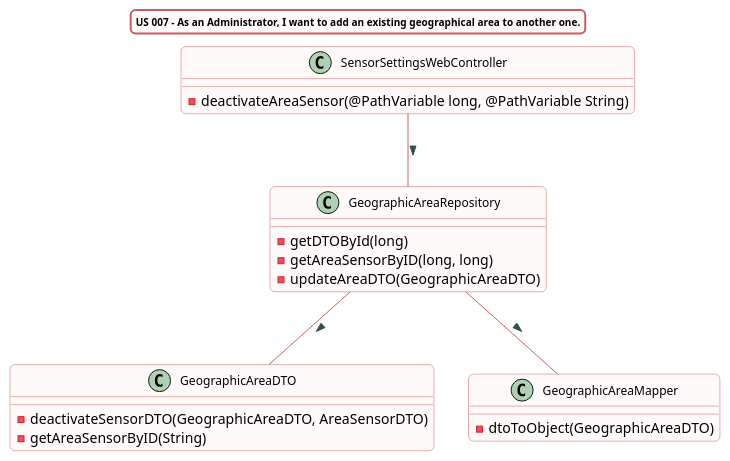
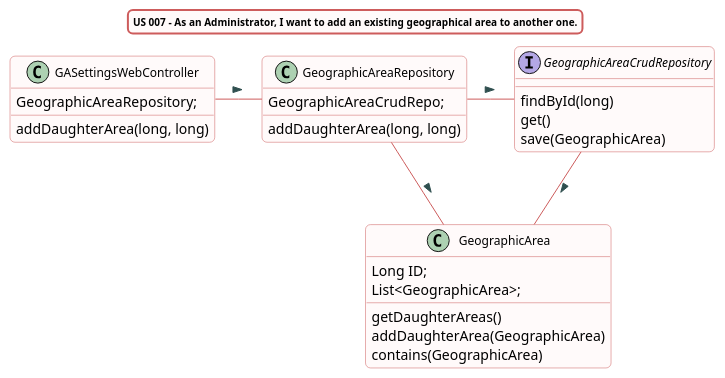
Before and after one commit to Almadanmp/project: the diagram in src/doc/WEB_Controllers/GASettings/US007/US007_cd_GASettingsWebController.puml, drawn with PlantUML.

Commit message:
REF#349 class diagram updated

```diff
--- a/src/doc/WEB_Controllers/GASettings/US007/US007_cd_GASettingsWebController.puml
+++ b/src/doc/WEB_Controllers/GASettings/US007/US007_cd_GASettingsWebController.puml
@@ -1,55 +1,61 @@
 @startuml
 
 title US 007 - As an Administrator, I want to add an existing geographical area to another one.
 skinparam titleBorderRoundCorner 10
 skinparam titleBorderThickness 2
 skinparam titleBorderColor indianred
 skinparam titleBackgroundColor Snow
 skinparam FontName quicksand
 skinparam titleFontSize 10
 skinparam roundcorner 10
 
 
 skinparam class {
   BorderColor indianred
   BackgroundColor indianred
   BackgroundColor Snow
    roundcorner 10
    ArrowFontName Verdana
    ArrowColor indianred
    ArrowFontColor darkslategrey
    FontSize 12
 }
 
-class SensorSettingsWebController
 class GeographicAreaRepository
-class GeographicAreaDTO
-class GeographicAreaMapper
+class GeographicArea
+class GeographicAreaCrudRepository
 
-SensorSettingsWebController -- GeographicAreaRepository : >
-GeographicAreaRepository -- GeographicAreaDTO : >
-GeographicAreaRepository -- GeographicAreaMapper : >
+
+GASettingsWebController -right- GeographicAreaRepository : >
+GeographicAreaRepository -right- GeographicArea : >
+GeographicAreaRepository -right- GeographicAreaCrudRepository : >
+GeographicAreaCrudRepository -- GeographicArea : >
 
 
 
-class SensorSettingsWebController {
--deactivateAreaSensor(@PathVariable long, @PathVariable String)
+class GASettingsWebController {
+GeographicAreaRepository;
+addDaughterArea(long, long)
 }
 
 class GeographicAreaRepository{
--getDTOById(long)
--getAreaSensorByID(long, long)
--updateAreaDTO(GeographicAreaDTO)
+GeographicAreaCrudRepo;
+addDaughterArea(long, long)
 }
 
-class GeographicAreaDTO{
--deactivateSensorDTO(GeographicAreaDTO, AreaSensorDTO)
--getAreaSensorByID(String)
+class GeographicArea{
+Long ID;
+List<GeographicArea>;
+getDaughterAreas()
+addDaughterArea(GeographicArea)
+contains(GeographicArea)
+
 }
 
-
-class GeographicAreaMapper {
--dtoToObject(GeographicAreaDTO)
+interface GeographicAreaCrudRepository {
+findById(long)
+get()
+save(GeographicArea)
 }
 
 @enduml
```
